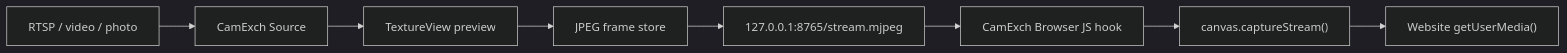
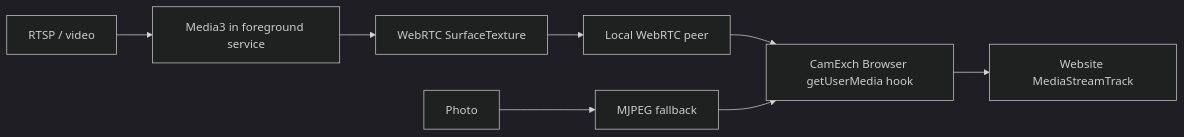
The diagram in README.md (inserrnet/CamExch), drawn with Mermaid (dark theme) before and after one commit. The commit also changed other lines of this file, not shown here.

Commit message:
Document WebRTC transport

````diff
--- a/README.md
+++ b/README.md
@@ -39,10 +35,10 @@
 ```mermaid
 flowchart LR
-    A["RTSP / video / photo"] --> B["CamExch Source"]
-    B --> C["TextureView preview"]
-    C --> D["JPEG frame store"]
-    D --> E["127.0.0.1:8765/stream.mjpeg"]
-    E --> F["CamExch Browser JS hook"]
-    F --> G["canvas.captureStream()"]
-    G --> H["Website getUserMedia()"]
+    A["RTSP / video"] --> B["Media3 in foreground service"]
+    B --> C["WebRTC SurfaceTexture"]
+    C --> D["Local WebRTC peer"]
+    E["Photo"] --> F["MJPEG fallback"]
+    D --> G["CamExch Browser getUserMedia hook"]
+    F --> G
+    G --> H["Website MediaStreamTrack"]
 ```
````
